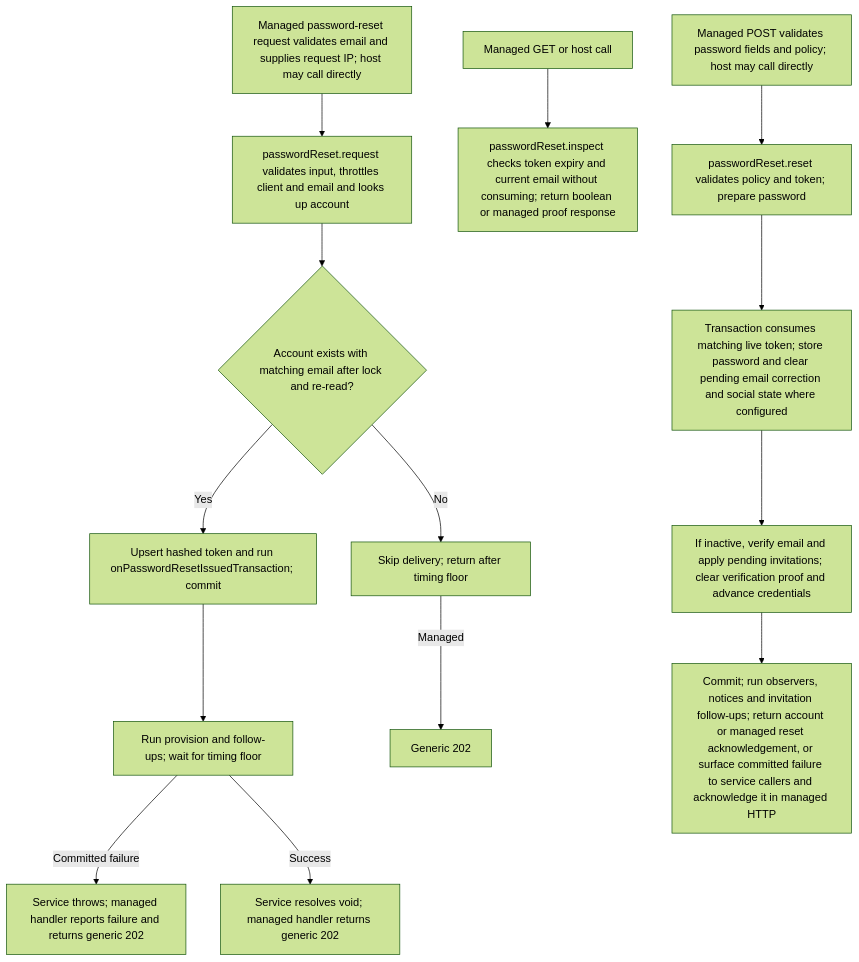
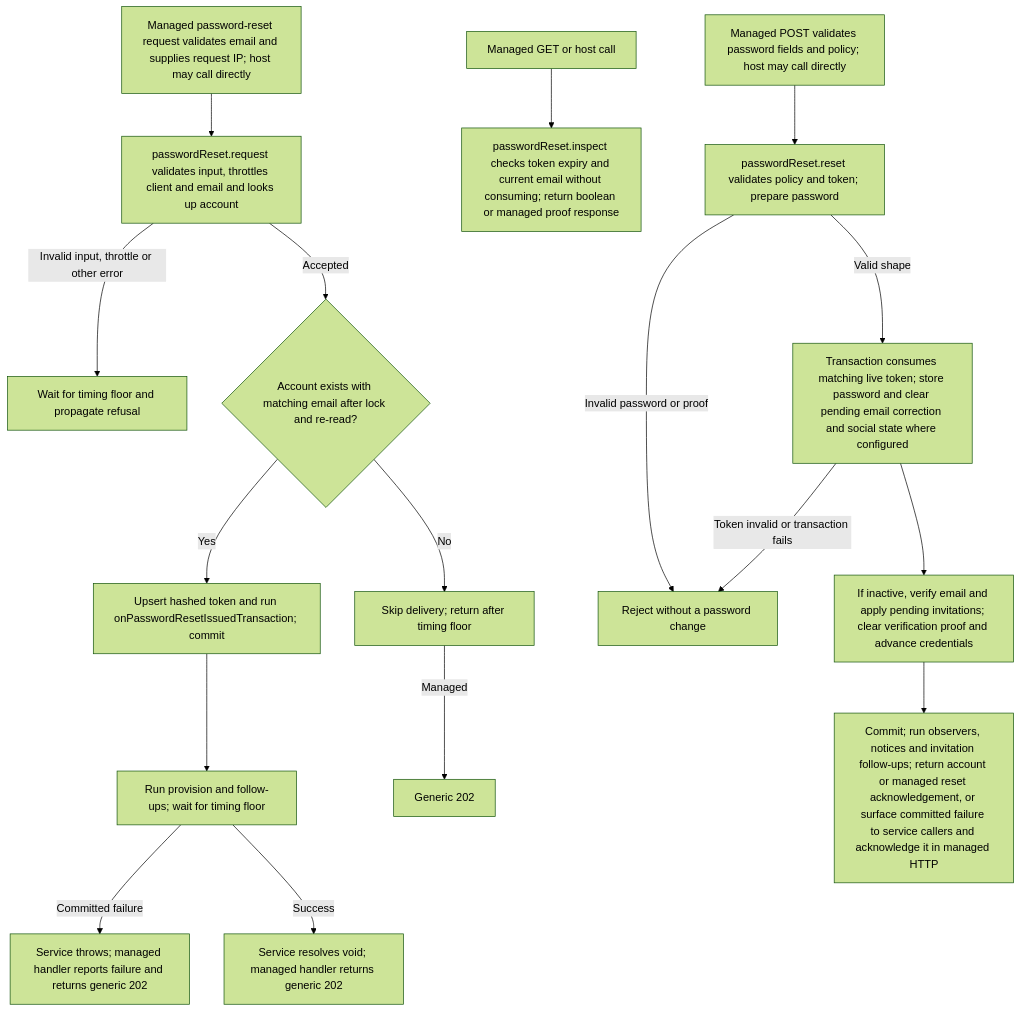
One commit to Kevinjohn/oss-adonisjs-account-kit changed the second of 2 diagrams in user-stories/US-ACCOUNT-01-recover-password.md. Above: the diagram before and after it, drawn with Mermaid (forest theme). The commit also changed 16 other files, not shown here.

````diff
--- a/user-stories/US-ACCOUNT-01-recover-password.md
+++ b/user-stories/US-ACCOUNT-01-recover-password.md
@@ -38,16 +38,19 @@
 ```mermaid
 flowchart TD
   A["Managed password-reset request validates email and supplies request IP; host may call directly"] --> B["passwordReset.request validates input, throttles client and email and looks up account"]
-  B --> C{"Account exists with matching email after lock and re-read?"}
+  B -->|Invalid input, throttle or other error| ERR["Wait for timing floor and propagate refusal"]
+  B -->|Accepted| C{"Account exists with matching email after lock and re-read?"}
   C -->|No| D["Skip delivery; return after timing floor"]
   C -->|Yes| E["Upsert hashed token and run onPasswordResetIssuedTransaction; commit"]
   E --> F["Run provision and follow-ups; wait for timing floor"]
   F -->|Committed failure| G["Service throws; managed handler reports failure and returns generic 202"]
   D -->|Managed| H["Generic 202"]
   F -->|Success| H2["Service resolves void; managed handler returns generic 202"]
   I["Managed GET or host call"] --> J["passwordReset.inspect checks token expiry and current email without consuming; return boolean or managed proof response"]
   K["Managed POST validates password fields and policy; host may call directly"] --> L["passwordReset.reset validates policy and token; prepare password"]
-  L --> M["Transaction consumes matching live token; store password and clear pending email correction and social state where configured"]
+  L -->|Invalid password or proof| REJ["Reject without a password change"]
+  L -->|Valid shape| M["Transaction consumes matching live token; store password and clear pending email correction and social state where configured"]
+  M -->|Token invalid or transaction fails| REJ
   M --> N["If inactive, verify email and apply pending invitations; clear verification proof and advance credentials"]
   N --> O["Commit; run observers, notices and invitation follow-ups; return account or managed reset acknowledgement, or surface committed failure to service callers and acknowledge it in managed HTTP"]
 ```
````
